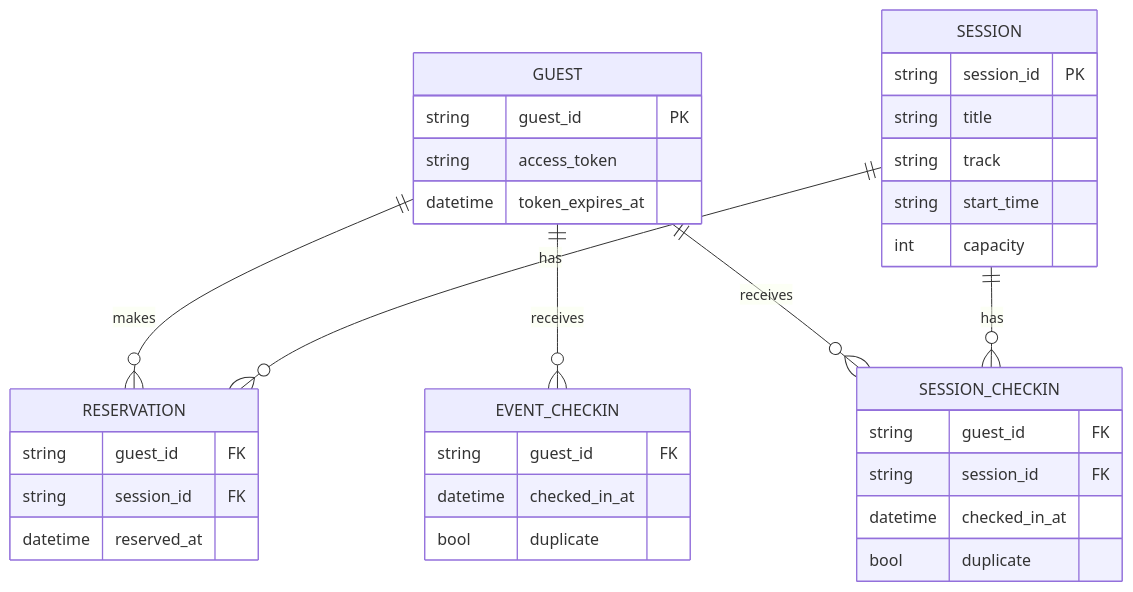
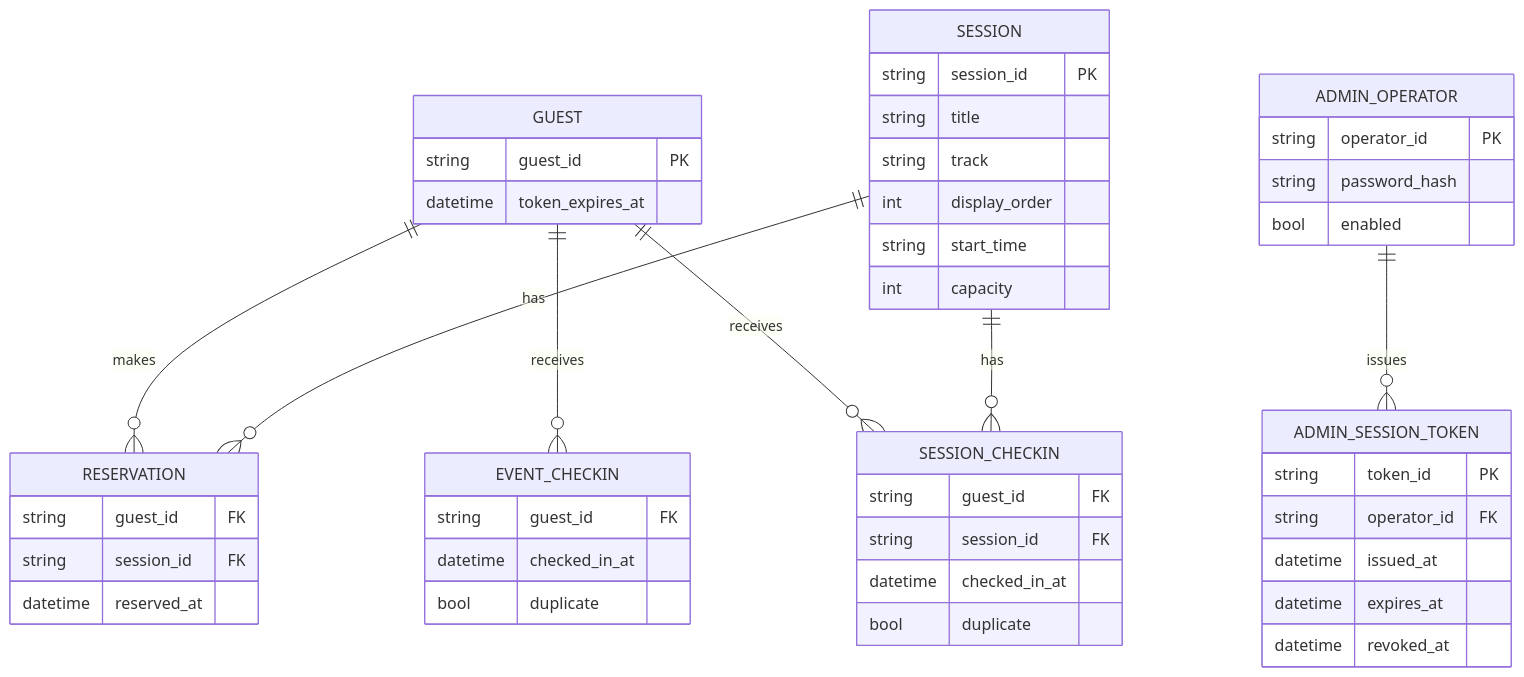
One commit to autotaker/simple-event-reservation-system changed the diagram in docs/review/03-er-diagram.md. Above: the diagram before and after it, drawn with Mermaid. The commit also changed other lines of this file and 30 other files, not shown here.

````diff
--- a/docs/review/03-er-diagram.md
+++ b/docs/review/03-er-diagram.md
@@ -5,41 +5,56 @@
 ```mermaid
 erDiagram
     GUEST ||--o{ RESERVATION : makes
     SESSION ||--o{ RESERVATION : has
     GUEST ||--o{ EVENT_CHECKIN : receives
     GUEST ||--o{ SESSION_CHECKIN : receives
     SESSION ||--o{ SESSION_CHECKIN : has
+    ADMIN_OPERATOR ||--o{ ADMIN_SESSION_TOKEN : issues
 
     GUEST {
       string guest_id PK
-      string access_token
       datetime token_expires_at
     }
 
     SESSION {
       string session_id PK
       string title
       string track
+      int display_order
       string start_time
       int capacity
     }
 
     RESERVATION {
       string guest_id FK
       string session_id FK
       datetime reserved_at
     }
 
     EVENT_CHECKIN {
       string guest_id FK
       datetime checked_in_at
       bool duplicate
     }
 
     SESSION_CHECKIN {
       string guest_id FK
       string session_id FK
       datetime checked_in_at
       bool duplicate
     }
+
+    ADMIN_OPERATOR {
+      string operator_id PK
+      string password_hash
+      bool enabled
+    }
+
+    ADMIN_SESSION_TOKEN {
+      string token_id PK
+      string operator_id FK
+      datetime issued_at
+      datetime expires_at
+      datetime revoked_at
+    }
 ```
````
